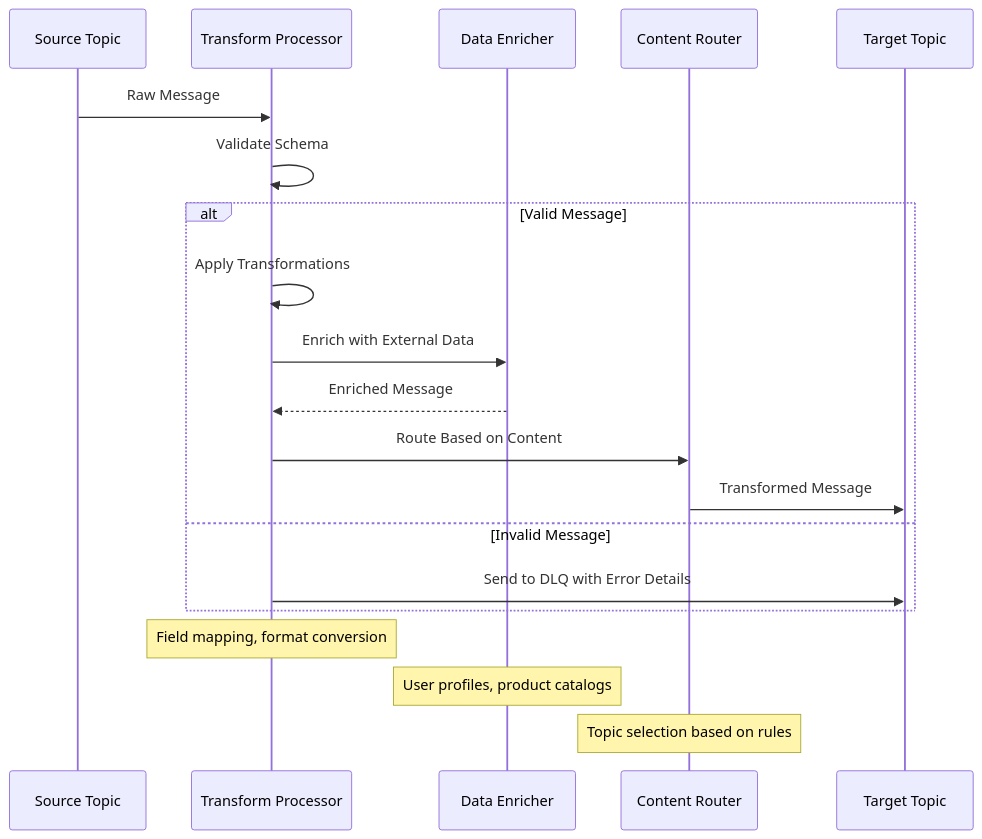
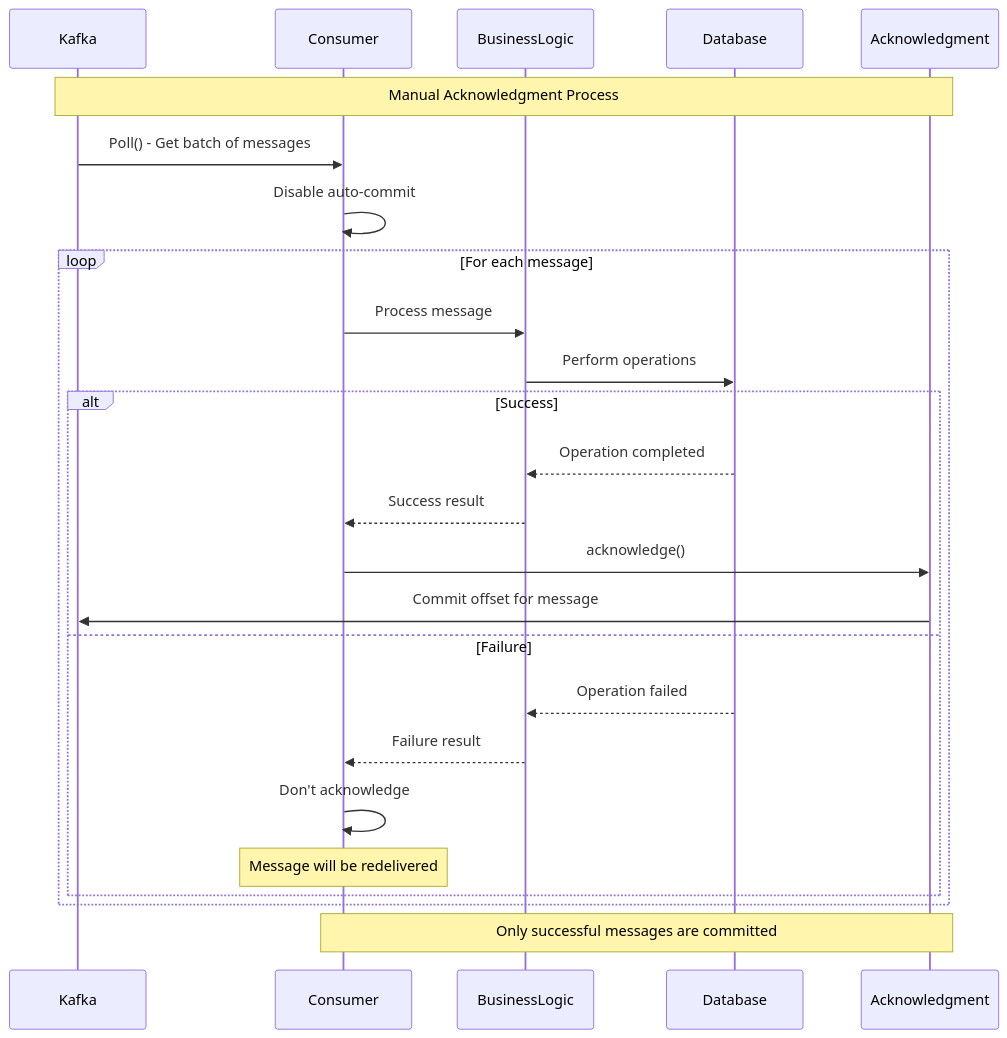
Before and after one commit to vorrawut/KafkaStarter: the second of 6 diagrams in class/workshop/lesson_10/README.md, drawn with Mermaid. The commit also changed other lines of this file and 204 other files, not shown here.

````diff
--- a/class/workshop/lesson_10/README.md
+++ b/class/workshop/lesson_10/README.md
@@ -80,25 +72,32 @@
 ```mermaid
 sequenceDiagram
-    participant Source as Source Topic
-    participant Processor as Transform Processor
-    participant Enricher as Data Enricher
-    participant Router as Content Router
-    participant Target as Target Topic
+    participant Kafka
+    participant Consumer
+    participant BusinessLogic
+    participant Database
+    participant Ack as Acknowledgment
     
-    Source->>Processor: Raw Message
-    Processor->>Processor: Validate Schema
+    Note over Kafka,Ack: Manual Acknowledgment Process
     
-    alt Valid Message
-        Processor->>Processor: Apply Transformations
-        Processor->>Enricher: Enrich with External Data
-        Enricher-->>Processor: Enriched Message
-        Processor->>Router: Route Based on Content
-        Router->>Target: Transformed Message
-    else Invalid Message
-        Processor->>Target: Send to DLQ with Error Details
+    Kafka->>Consumer: Poll() - Get batch of messages
+    Consumer->>Consumer: Disable auto-commit
+    
+    loop For each message
+        Consumer->>BusinessLogic: Process message
+        BusinessLogic->>Database: Perform operations
+        
+        alt Success
+            Database-->>BusinessLogic: Operation completed
+            BusinessLogic-->>Consumer: Success result
+            Consumer->>Ack: acknowledge()
+            Ack->>Kafka: Commit offset for message
+        else Failure
+            Database-->>BusinessLogic: Operation failed
+            BusinessLogic-->>Consumer: Failure result
+            Consumer->>Consumer: Don't acknowledge
+            Note over Consumer: Message will be redelivered
+        end
     end
     
-    Note over Processor: Field mapping, format conversion
-    Note over Enricher: User profiles, product catalogs
-    Note over Router: Topic selection based on rules
+    Note over Consumer,Ack: Only successful messages are committed
 ```
````
